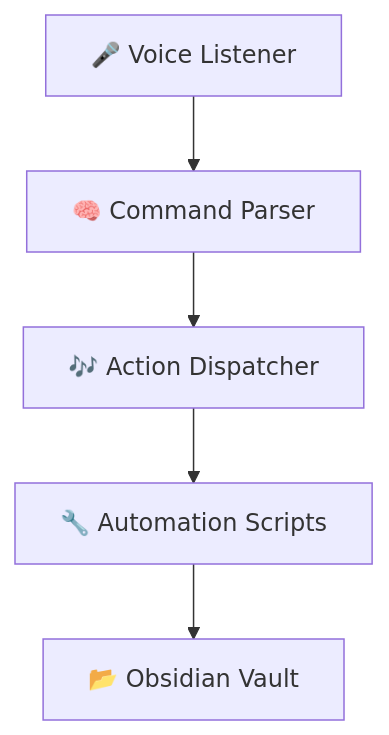
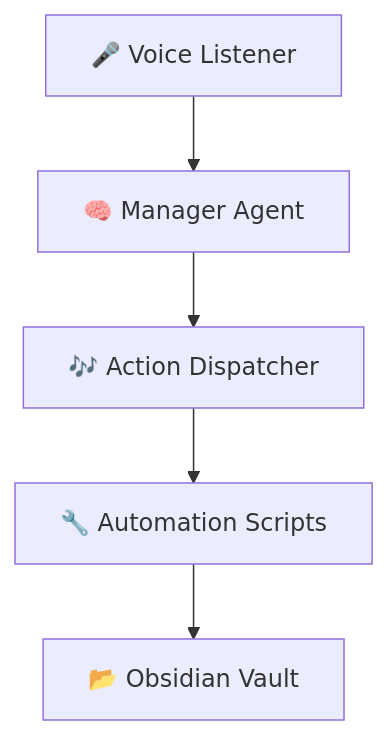
The diagram in README.md (MiMa6/command-orchestra), drawn with Mermaid before and after one commit. The commit also changed other lines of this file, not shown here.

````diff
--- a/README.md
+++ b/README.md
@@ -33,7 +34,7 @@
 ```mermaid
 graph TD;
-    A[🎤 Voice Listener] --> B[🧠 Command Parser];
+    A[🎤 Voice Listener] --> B[🧠 Manager Agent];
     B --> C[🎶 Action Dispatcher];
     C --> D[🔧 Automation Scripts];
     D --> E[📂 Obsidian Vault];
 ```
````
